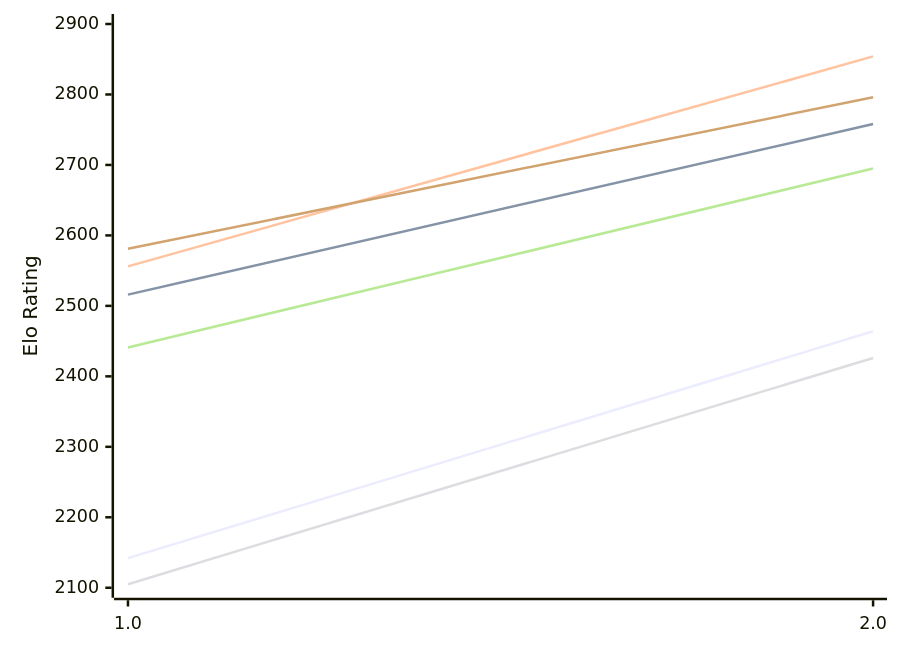
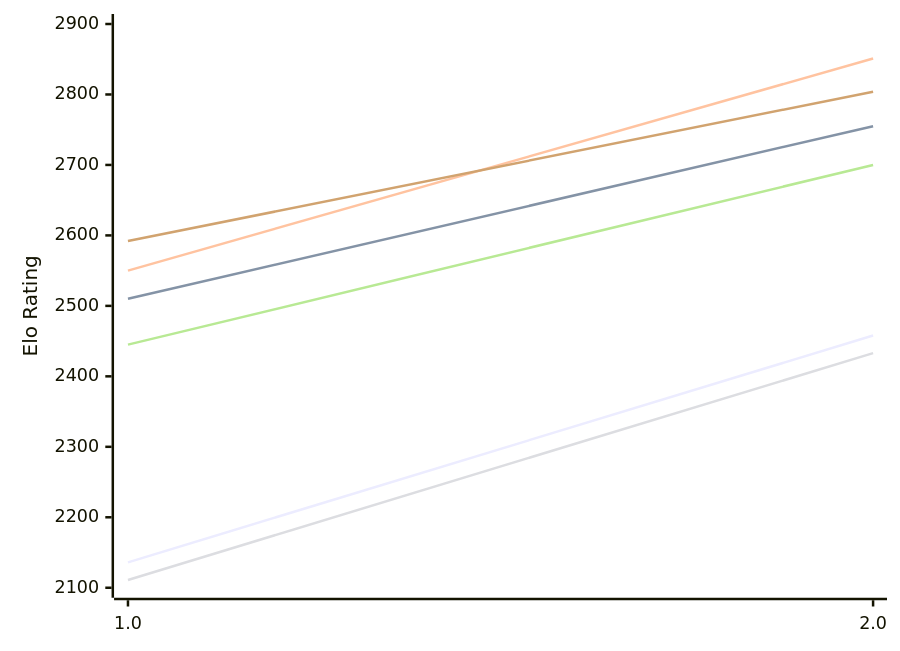
The first of 2 diagrams in engines/Revolver.md (computer-chess-index/cci), drawn with Mermaid before and after one commit. The commit also changed other lines of this file, not shown here.

Commit message:
Update CCI Ratings (ELO VLTC) - 2026-11-18

````diff
--- a/engines/Revolver.md
+++ b/engines/Revolver.md
@@ -50,12 +50,12 @@
 ```mermaid
 %%{init: {"theme":"base","themeVariables":{"seriesColors:['#a3a3a3','#222221','#faa371']}}}%%
 xychart-beta
   x-axis ["1.0", "2.0"]
   y-axis "Elo Rating" 2100 --> 2900
-  line "E1: STC (8.0+0.08s)" [2142, 2464]
-  line "E1: LTC (60.0+0.60s)" [2516, 2758]
-  line "E1: VLTC (2m24s+1.12s)" [2556, 2854]
-  line "P1: STC (8.0+0.08s)" [2105, 2426]
-  line "P1: LTC (60.0+0.60s)" [2441, 2695]
-  line "P1: VLTC (2m24s+1.12s)" [2581, 2796]
+  line "E1: STC (8.0+0.08s)" [2136, 2458]
+  line "E1: LTC (60.0+0.60s)" [2510, 2755]
+  line "E1: VLTC (2m24s+1.12s)" [2550, 2851]
+  line "P1: STC (8.0+0.08s)" [2111, 2433]
+  line "P1: LTC (60.0+0.60s)" [2445, 2700]
+  line "P1: VLTC (2m24s+1.12s)" [2592, 2804]
 ```
````
